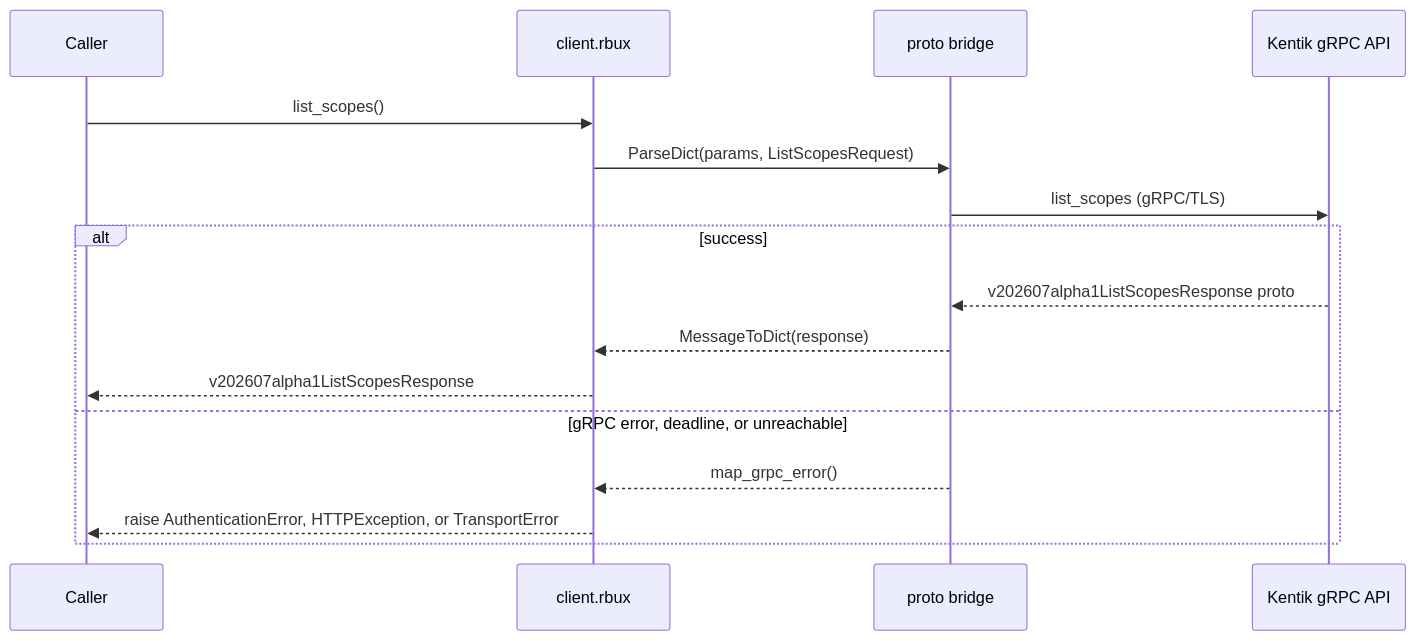
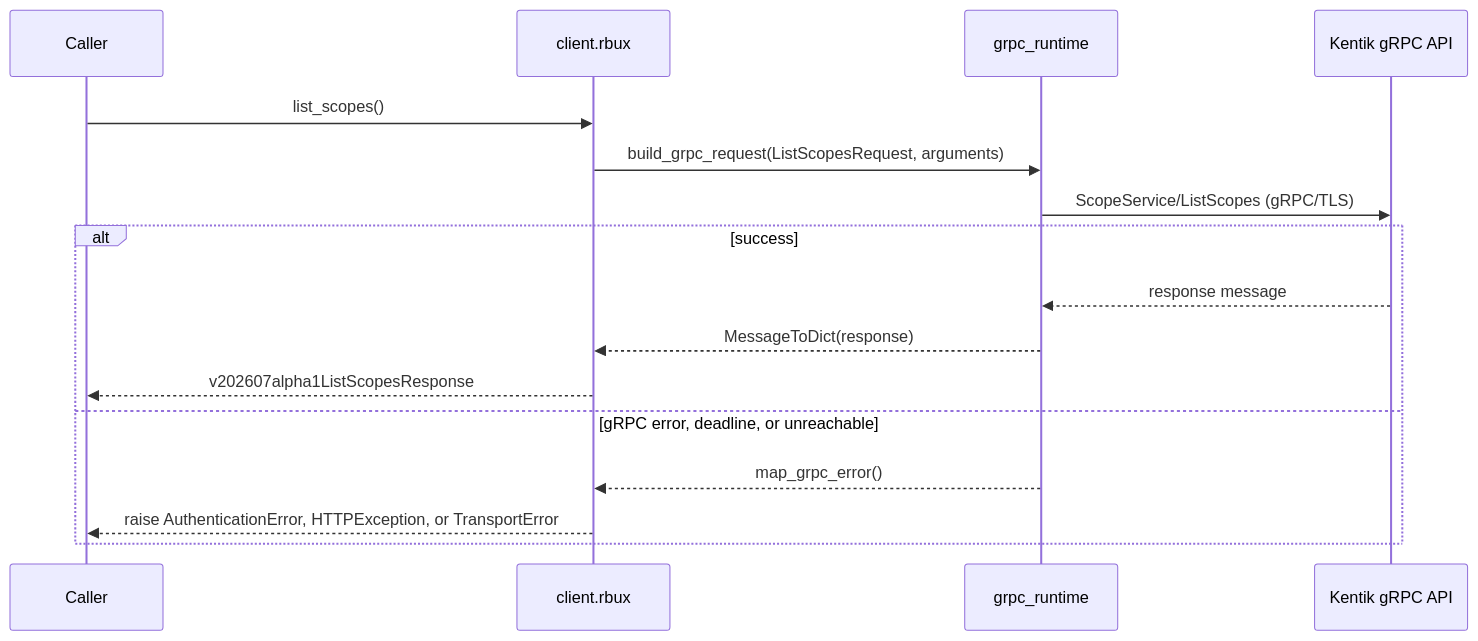
One commit to alexdearaujo/community_sdk_python changed the third of 12 diagrams in docs/sphinx/services/rbux.md. Above: the diagram before and after it, drawn with Mermaid. The commit also changed other lines of this file and 37 other files, not shown here.

First line of the commit message:
docs: show the real RPC in each service page's gRPC diagram

````diff
--- a/docs/sphinx/services/rbux.md
+++ b/docs/sphinx/services/rbux.md
@@ -59,19 +59,19 @@
 ```mermaid
 sequenceDiagram
     participant C as Caller
     participant W as client.rbux
-    participant B as proto bridge
+    participant R as grpc_runtime
     participant API as Kentik gRPC API
 
     C->>W: list_scopes()
-    W->>B: ParseDict(params, ListScopesRequest)
-    B->>API: list_scopes (gRPC/TLS)
+    W->>R: build_grpc_request(ListScopesRequest, arguments)
+    R->>API: ScopeService/ListScopes (gRPC/TLS)
     alt success
-        API-->>B: v202607alpha1ListScopesResponse proto
-        B-->>W: MessageToDict(response)
+        API-->>R: response message
+        R-->>W: MessageToDict(response)
         W-->>C: v202607alpha1ListScopesResponse
     else gRPC error, deadline, or unreachable
-        B-->>W: map_grpc_error()
+        R-->>W: map_grpc_error()
         W-->>C: raise AuthenticationError, HTTPException, or TransportError
     end
 ```
````
